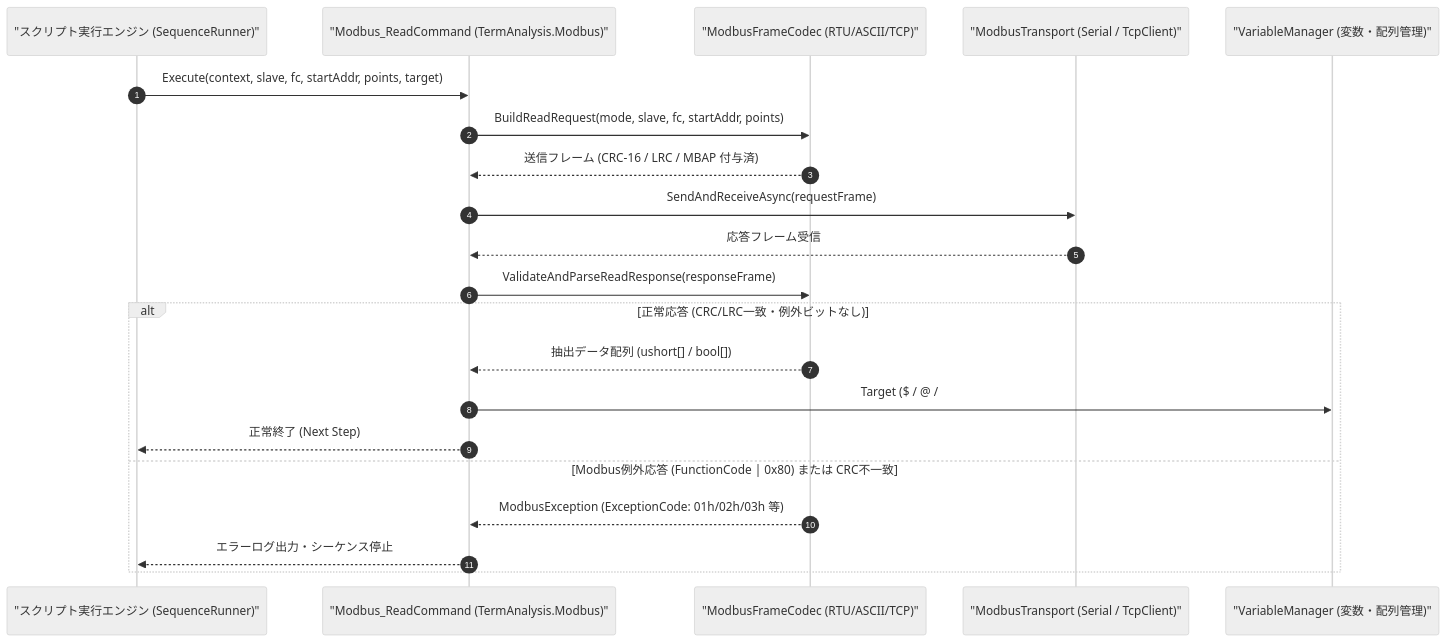
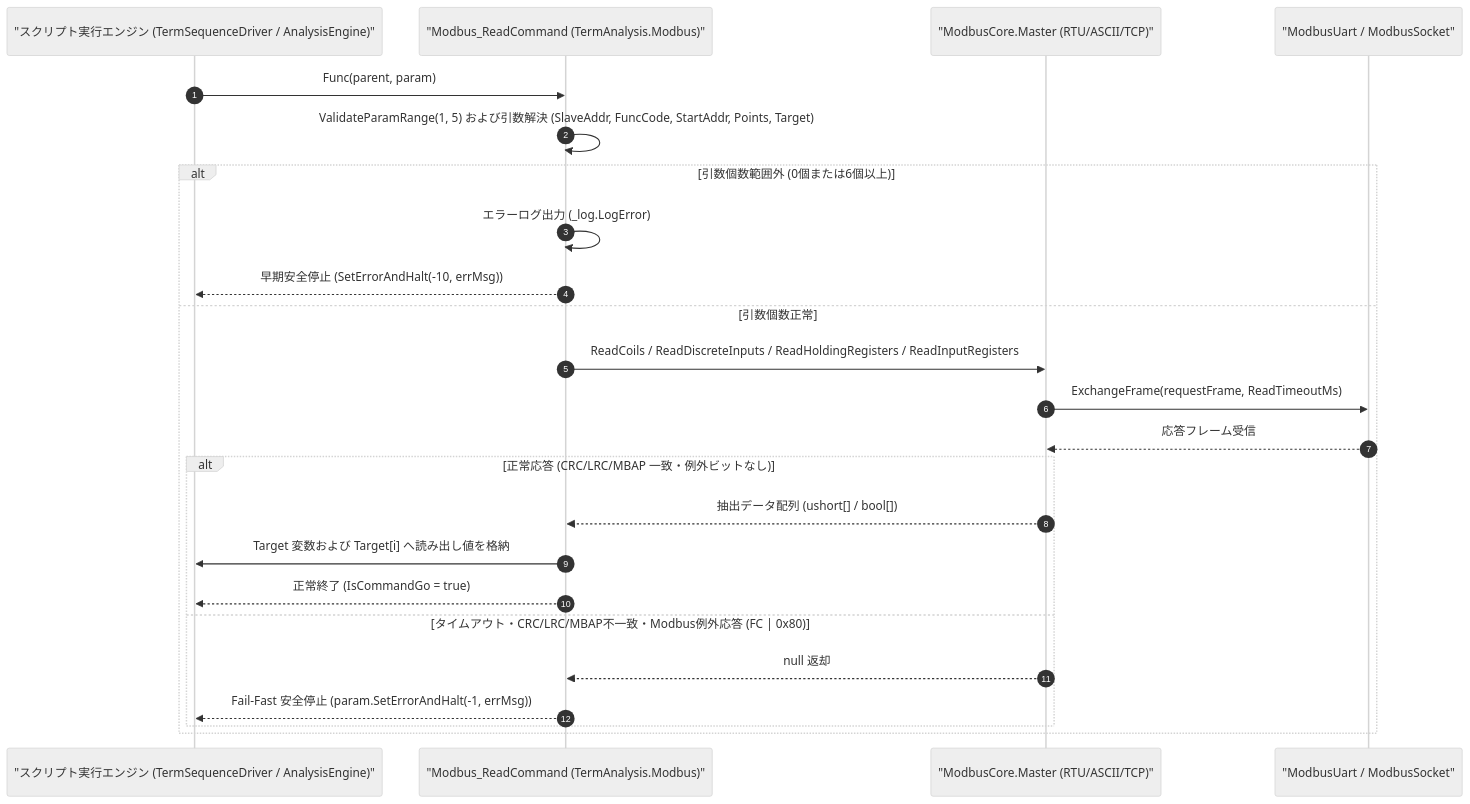
One commit to Monaca-App/TermAddIn changed the diagram in Manual/Modbus/Modbus_Read.Md. Above: the diagram before and after it, drawn with Mermaid (neutral theme). The commit also changed other lines of this file and 157 other files, not shown here.

````diff
--- a/Manual/Modbus/Modbus_Read.Md
+++ b/Manual/Modbus/Modbus_Read.Md
@@ -72,24 +81,27 @@
 ```mermaid
 sequenceDiagram
     autonumber
-    participant Script as "スクリプト実行エンジン (SequenceRunner)"
+    participant Script as "スクリプト実行エンジン (TermSequenceDriver / AnalysisEngine)"
     participant Cmd as "Modbus_ReadCommand (TermAnalysis.Modbus)"
-    participant Codec as "ModbusFrameCodec (RTU/ASCII/TCP)"
-    participant Trans as "ModbusTransport (Serial / TcpClient)"
-    participant Var as "VariableManager (変数・配列管理)"
+    participant Master as "ModbusCore.Master (RTU/ASCII/TCP)"
+    participant Trans as "ModbusUart / ModbusSocket"
 
-    Script->>Cmd: Execute(context, slave, fc, startAddr, points, target)
-    Cmd->>Codec: BuildReadRequest(mode, slave, fc, startAddr, points)
-    Codec-->>Cmd: 送信フレーム (CRC-16 / LRC / MBAP 付与済)
-    Cmd->>Trans: SendAndReceiveAsync(requestFrame)
-    Trans-->>Cmd: 応答フレーム受信
-    Cmd->>Codec: ValidateAndParseReadResponse(responseFrame)
-    alt 正常応答 (CRC/LRC一致・例外ビットなし)
-        Codec-->>Cmd: 抽出データ配列 (ushort[] / bool[])
-        Cmd->>Var: Target ($ / @ / #) へ読み出し値を格納
-        Cmd-->>Script: 正常終了 (Next Step)
-    else Modbus例外応答 (FunctionCode | 0x80) または CRC不一致
-        Codec-->>Cmd: ModbusException (ExceptionCode: 01h/02h/03h 等)
-        Cmd-->>Script: エラーログ出力・シーケンス停止
+    Script->>Cmd: Func(parent, param)
+    Cmd->>Cmd: ValidateParamRange(1, 5) および引数解決 (SlaveAddr, FuncCode, StartAddr, Points, Target)
+    alt 引数個数範囲外 (0個または6個以上)
+        Cmd->>Cmd: エラーログ出力 (_log.LogError)
+        Cmd-->>Script: 早期安全停止 (SetErrorAndHalt(-10, errMsg))
+    else 引数個数正常
+        Cmd->>Master: ReadCoils / ReadDiscreteInputs / ReadHoldingRegisters / ReadInputRegisters
+        Master->>Trans: ExchangeFrame(requestFrame, ReadTimeoutMs)
+        Trans-->>Master: 応答フレーム受信
+        alt 正常応答 (CRC/LRC/MBAP 一致・例外ビットなし)
+            Master-->>Cmd: 抽出データ配列 (ushort[] / bool[])
+            Cmd->>Script: Target 変数および Target[i] へ読み出し値を格納
+            Cmd-->>Script: 正常終了 (IsCommandGo = true)
+        else タイムアウト・CRC/LRC/MBAP不一致・Modbus例外応答 (FC | 0x80)
+            Master-->>Cmd: null 返却
+            Cmd-->>Script: Fail-Fast 安全停止 (param.SetErrorAndHalt(-1, errMsg))
+        end
     end
 ```
````
